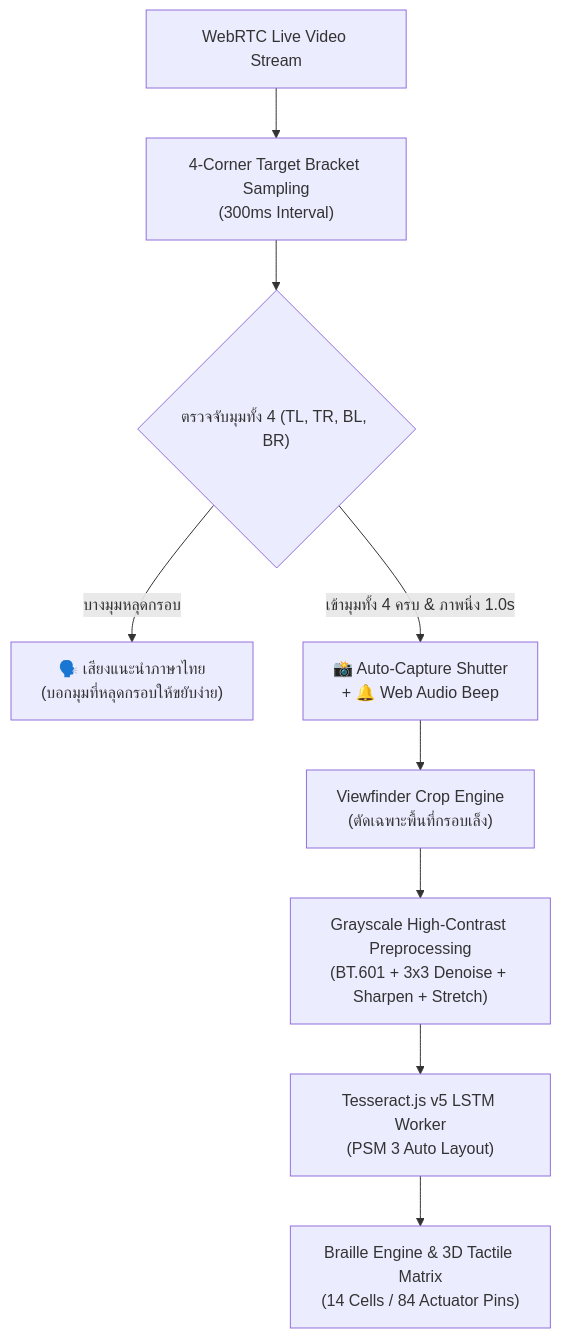
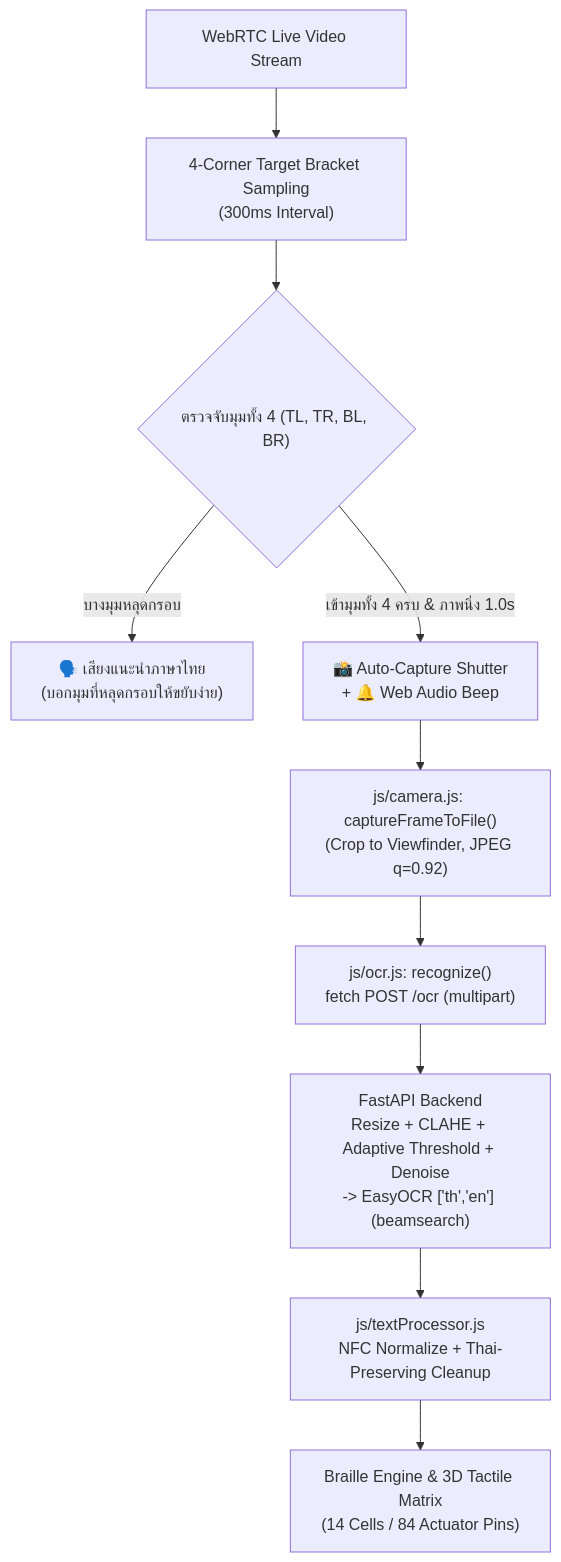
One commit to chokunkie/braillend changed the diagram in README.md. Above: the diagram before and after it, drawn with Mermaid. The commit also changed other lines of this file and 16 other files, not shown here.

Commit message:
Rebuild OCR: Tesseract.js → EasyOCR backend

````diff
--- a/README.md
+++ b/README.md
@@ -62,11 +72,12 @@
 ```mermaid
 graph TD
     LiveCam["WebRTC Live Video Stream"] --> Viewfinder["4-Corner Target Bracket Sampling\n(300ms Interval)"]
     Viewfinder --> CornerLock{"ตรวจจับมุมทั้ง 4 (TL, TR, BL, BR)"}
     CornerLock -- "บางมุมหลุดกรอบ" --> VoiceGuide["🗣️ เสียงแนะนำภาษาไทย\n(บอกมุมที่หลุดกรอบให้ขยับง่าย)"]
     CornerLock -- "เข้ามุมทั้ง 4 ครบ & ภาพนิ่ง 1.0s" --> AutoShutter["📸 Auto-Capture Shutter\n+ 🔔 Web Audio Beep"]
-    AutoShutter --> Crop["Viewfinder Crop Engine\n(ตัดเฉพาะพื้นที่กรอบเล็ง)"]
-    Crop --> Preprocess["Grayscale High-Contrast Preprocessing\n(BT.601 + 3x3 Denoise + Sharpen + Stretch)"]
-    Preprocess --> Tesseract["Tesseract.js v5 LSTM Worker\n(PSM 3 Auto Layout)"]
-    Tesseract --> Braille["Braille Engine & 3D Tactile Matrix\n(14 Cells / 84 Actuator Pins)"]
+    AutoShutter --> Crop["js/camera.js: captureFrameToFile()\n(Crop to Viewfinder, JPEG q=0.92)"]
+    Crop --> OcrModule["js/ocr.js: recognize()\nfetch POST /ocr (multipart)"]
+    OcrModule --> Backend["FastAPI Backend\nResize + CLAHE + Adaptive Threshold + Denoise\n-> EasyOCR ['th','en'] (beamsearch)"]
+    Backend --> TextProc["js/textProcessor.js\nNFC Normalize + Thai-Preserving Cleanup"]
+    TextProc --> Braille["Braille Engine & 3D Tactile Matrix\n(14 Cells / 84 Actuator Pins)"]
 ```
````
